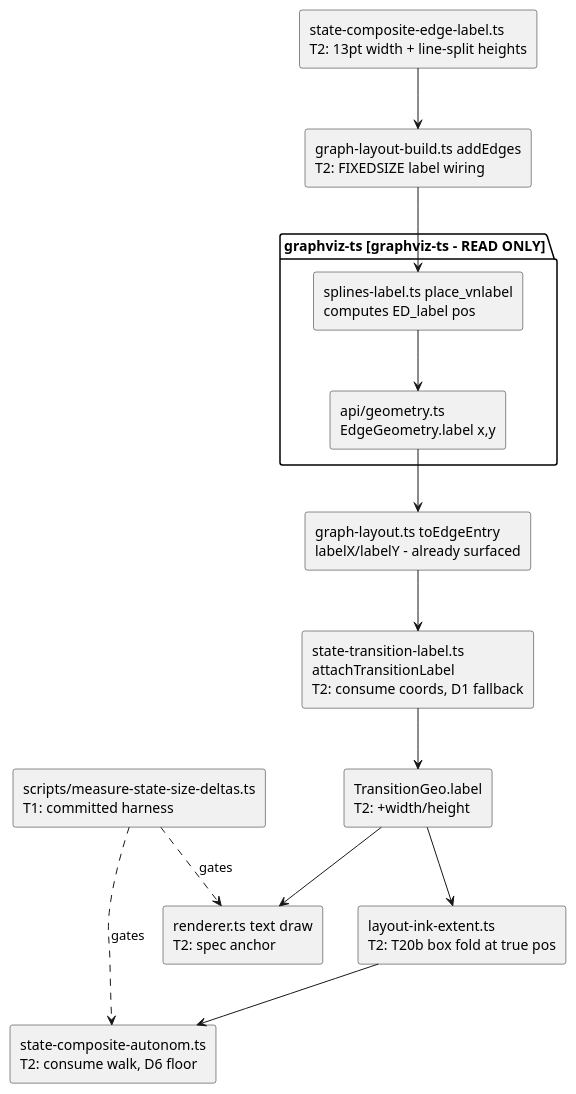
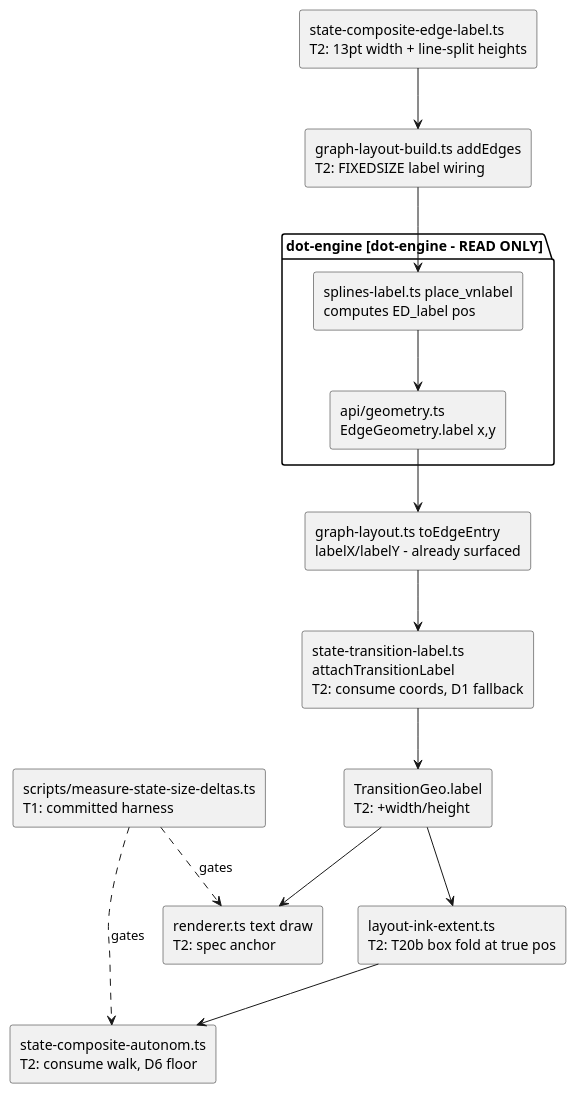
Before and after one commit to knowvah/plantuml-ts: the diagram in plans/g8-label-placement/diagrams/component-map.md, drawn with PlantUML. The commit also changed 111 other files, not shown here.

First line of the commit message:
docs: call the layout engine dot-engine throughout

````diff
--- a/plans/g8-label-placement/diagrams/component-map.md
+++ b/plans/g8-label-placement/diagrams/component-map.md
@@ -3,33 +3,33 @@
 ```plantuml
 @startuml
 skinparam componentStyle rectangle
 skinparam shadowing false
 
-package "graphviz-ts [graphviz-ts - READ ONLY]" {
+package "dot-engine [dot-engine - READ ONLY]" {
   [splines-label.ts place_vnlabel\ncomputes ED_label pos] as VN
   [api/geometry.ts\nEdgeGeometry.label x,y] as GEO
 }
 
 [graph-layout.ts toEdgeEntry\nlabelX/labelY - already surfaced] as TEE
 [graph-layout-build.ts addEdges\nT2: FIXEDSIZE label wiring] as ADD
 [state-composite-edge-label.ts\nT2: 13pt width + line-split heights] as MEAS
 [state-transition-label.ts\nattachTransitionLabel\nT2: consume coords, D1 fallback] as ATL
 [TransitionGeo.label\nT2: +width/height] as TG
 [renderer.ts text draw\nT2: spec anchor] as REN
 [layout-ink-extent.ts\nT2: T20b box fold at true pos] as INK
 [state-composite-autonom.ts\nT2: consume walk, D6 floor] as AUT
 [scripts/measure-state-size-deltas.ts\nT1: committed harness] as HARN
 
 VN --> GEO
 GEO --> TEE
 ADD --> VN
 MEAS --> ADD
 TEE --> ATL
 ATL --> TG
 TG --> REN
 TG --> INK
 INK --> AUT
 HARN ..> AUT : gates
 HARN ..> REN : gates
 @enduml
 ```
````
